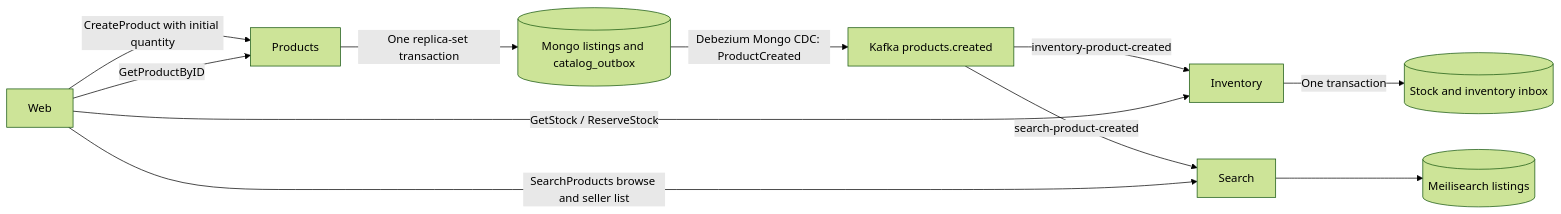
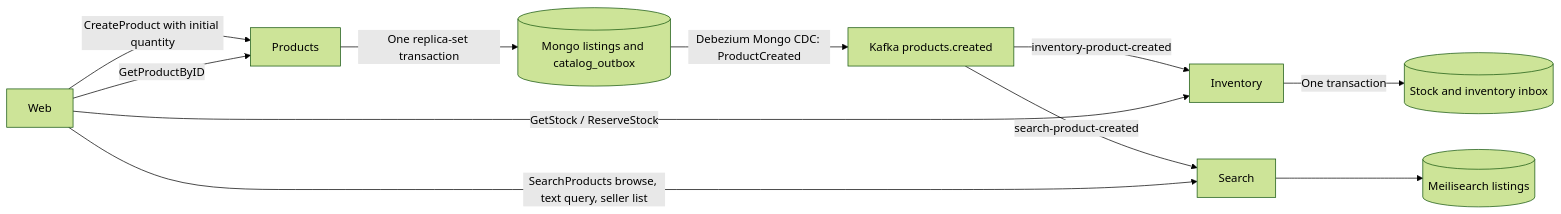
Before and after one commit to phuchoang2603/refurbished-marketplace: the first of 3 diagrams in docs/catalog-inventory-search.md, drawn with Mermaid (forest theme). The commit also changed other lines of this file and 6 other files, not shown here.

````diff
--- a/docs/catalog-inventory-search.md
+++ b/docs/catalog-inventory-search.md
@@ -21,13 +21,13 @@
 ```mermaid
 flowchart LR
   W[Web] -->|CreateProduct with initial quantity| P[Products]
   P -->|One replica-set transaction| C[(Mongo listings and catalog_outbox)]
   C -->|Debezium Mongo CDC: ProductCreated| K[Kafka products.created]
   K -->|inventory-product-created| I[Inventory]
   I -->|One transaction| L[(Stock and inventory inbox)]
   K -->|search-product-created| S[Search]
   S --> M[(Meilisearch listings)]
-  W -->|SearchProducts browse and seller list| S
+  W -->|SearchProducts browse, text query, seller list| S
   W -->|GetProductByID| P
   W -->|GetStock / ReserveStock| I
 ```
````
